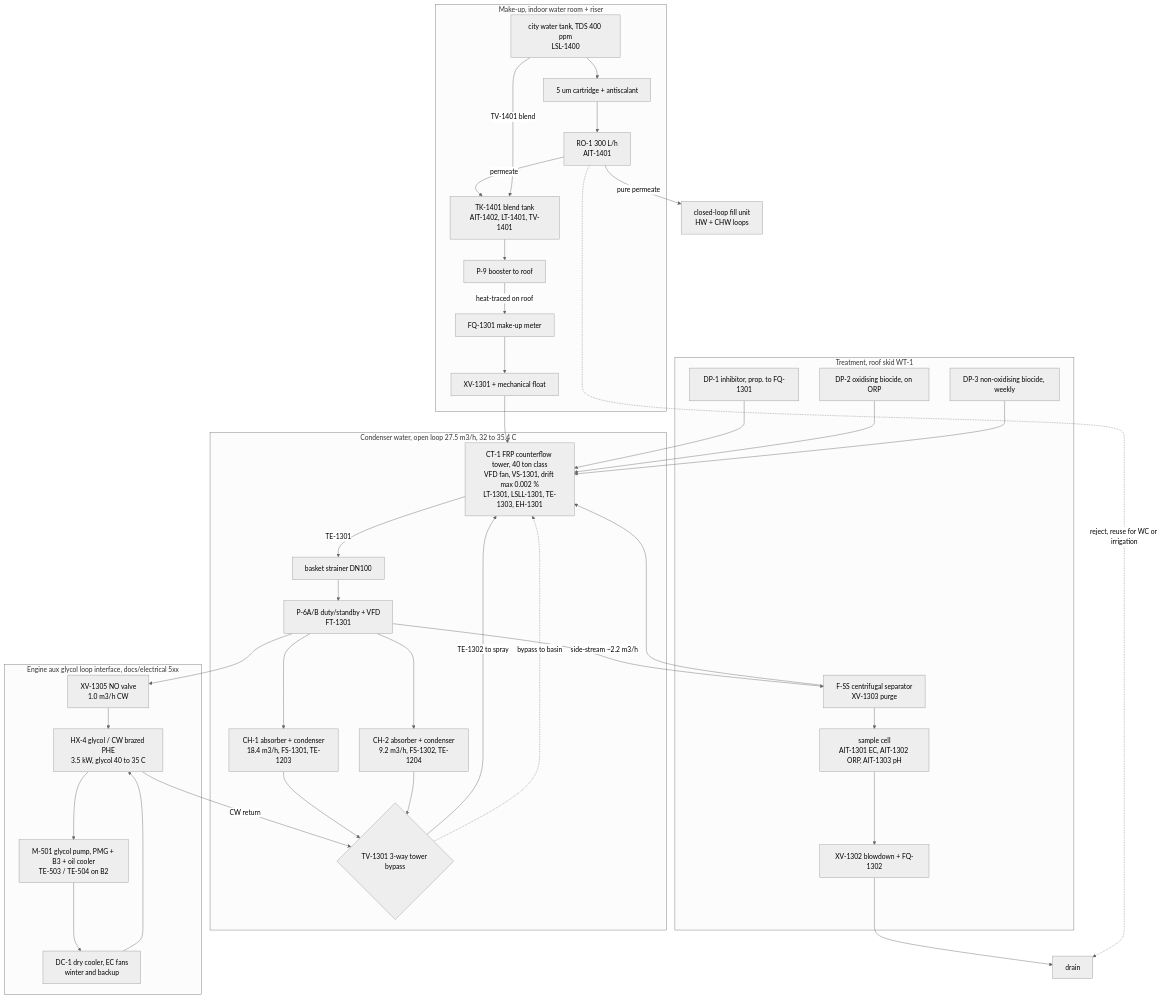
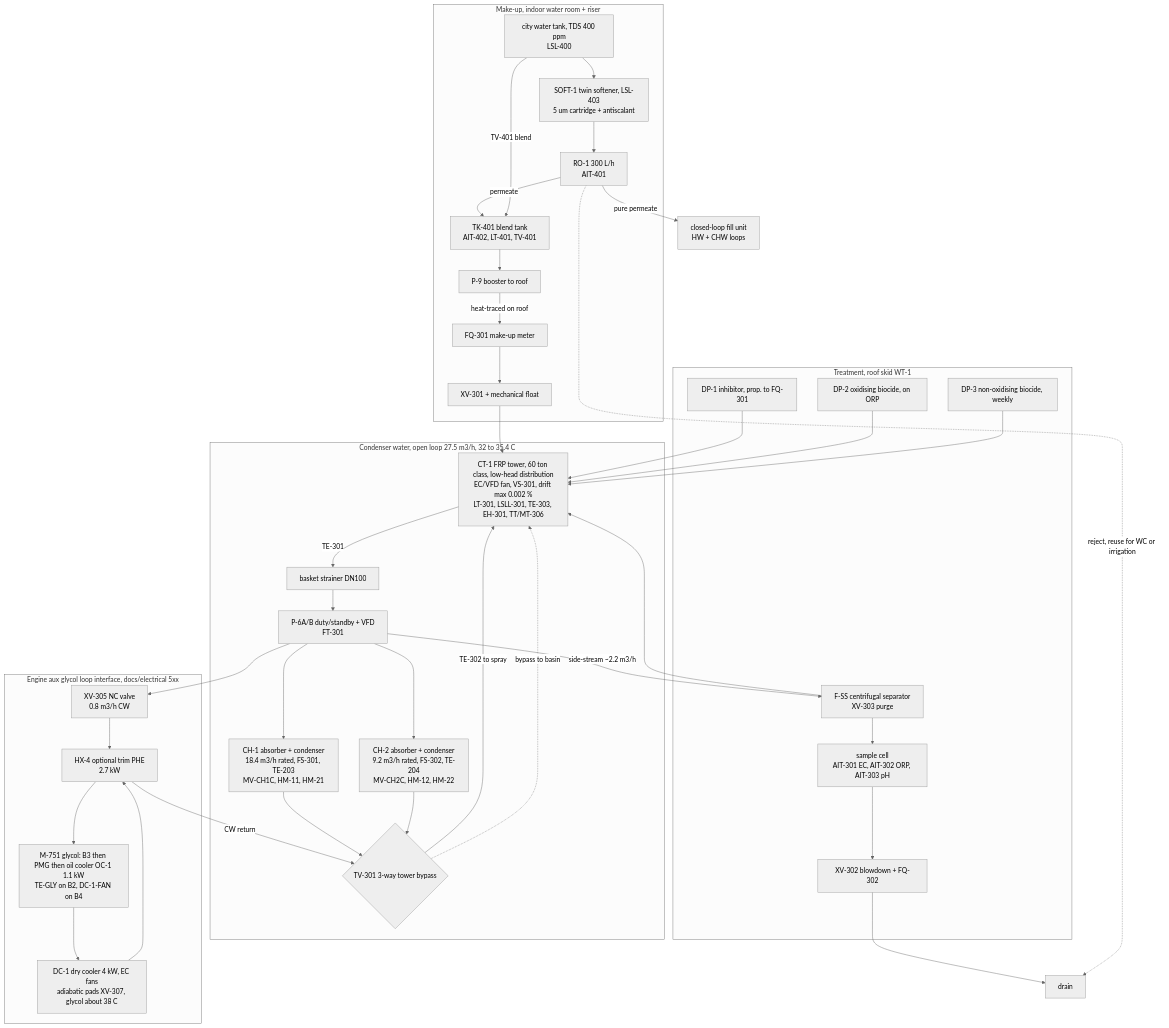
The fourth of 4 diagrams in docs/hvac/01_pid.md (ahmadreza221/aurora-cchp), drawn with Mermaid (neutral theme) before and after one commit. The commit also changed other lines of this file and 77 other files, not shown here.

````diff
--- a/docs/hvac/01_pid.md
+++ b/docs/hvac/01_pid.md
@@ -190,60 +196,60 @@
 ```mermaid
 flowchart TB
   subgraph CW["Condenser water, open loop 27.5 m3/h, 32 to 35.4 C"]
-    CT1["CT-1 FRP counterflow tower, 40 ton class<br/>VFD fan, VS-1301, drift max 0.002 %<br/>LT-1301, LSLL-1301, TE-1303, EH-1301"]
+    CT1["CT-1 FRP tower, 60 ton class, low-head distribution<br/>EC/VFD fan, VS-301, drift max 0.002 %<br/>LT-301, LSLL-301, TE-303, EH-301, TT/MT-306"]
     BS["basket strainer DN100"]
-    P6["P-6A/B duty/standby + VFD<br/>FT-1301"]
-    A1["CH-1 absorber + condenser<br/>18.4 m3/h, FS-1301, TE-1203"]
-    A2["CH-2 absorber + condenser<br/>9.2 m3/h, FS-1302, TE-1204"]
-    TV301{"TV-1301 3-way tower bypass"}
+    P6["P-6A/B duty/standby + VFD<br/>FT-301"]
+    A1["CH-1 absorber + condenser<br/>18.4 m3/h rated, FS-301, TE-203<br/>MV-CH1C, HM-11, HM-21"]
+    A2["CH-2 absorber + condenser<br/>9.2 m3/h rated, FS-302, TE-204<br/>MV-CH2C, HM-12, HM-22"]
+    TV301{"TV-301 3-way tower bypass"}
     BS --> P6
     P6 --> A1
     P6 --> A2
     A1 --> TV301
     A2 --> TV301
   end
   subgraph AUX["Engine aux glycol loop interface, docs/electrical 5xx"]
-    HX4["HX-4 glycol / CW brazed PHE<br/>3.5 kW, glycol 40 to 35 C"]
-    XV1305["XV-1305 NO valve<br/>1.0 m3/h CW"]
-    DC1["DC-1 dry cooler, EC fans<br/>winter and backup"]
-    GLY["M-501 glycol pump, PMG + B3 + oil cooler<br/>TE-503 / TE-504 on B2"]
+    HX4["HX-4 optional trim PHE<br/>2.7 kW"]
+    XV1305["XV-305 NC valve<br/>0.8 m3/h CW"]
+    DC1["DC-1 dry cooler 4 kW, EC fans<br/>adiabatic pads XV-307, glycol about 38 C"]
+    GLY["M-751 glycol: B3 then PMG then oil cooler OC-1 1.1 kW<br/>TE-GLY on B2, DC-1-FAN on B4"]
     GLY --> DC1 --> HX4 --> GLY
   end
   subgraph WT["Treatment, roof skid WT-1"]
-    SEP["F-SS centrifugal separator<br/>XV-1303 purge"]
-    SMP["sample cell<br/>AIT-1301 EC, AIT-1302 ORP, AIT-1303 pH"]
-    XV302["XV-1302 blowdown + FQ-1302"]
-    DP1["DP-1 inhibitor, prop. to FQ-1301"]
+    SEP["F-SS centrifugal separator<br/>XV-303 purge"]
+    SMP["sample cell<br/>AIT-301 EC, AIT-302 ORP, AIT-303 pH"]
+    XV302["XV-302 blowdown + FQ-302"]
+    DP1["DP-1 inhibitor, prop. to FQ-301"]
     DP2["DP-2 oxidising biocide, on ORP"]
     DP3["DP-3 non-oxidising biocide, weekly"]
     SEP --> SMP --> XV302
   end
   subgraph MU["Make-up, indoor water room + riser"]
-    CITY["city water tank, TDS 400 ppm<br/>LSL-1400"]
-    F5["5 um cartridge + antiscalant"]
-    RO["RO-1 300 L/h<br/>AIT-1401"]
-    BT["TK-1401 blend tank<br/>AIT-1402, LT-1401, TV-1401"]
+    CITY["city water tank, TDS 400 ppm<br/>LSL-400"]
+    F5["SOFT-1 twin softener, LSL-403<br/>5 um cartridge + antiscalant"]
+    RO["RO-1 300 L/h<br/>AIT-401"]
+    BT["TK-401 blend tank<br/>AIT-402, LT-401, TV-401"]
     P9["P-9 booster to roof"]
-    FQ301["FQ-1301 make-up meter"]
-    XV301["XV-1301 + mechanical float"]
+    FQ301["FQ-301 make-up meter"]
+    XV301["XV-301 + mechanical float"]
     CITY --> F5 --> RO -->|"permeate"| BT
-    CITY -->|"TV-1401 blend"| BT
+    CITY -->|"TV-401 blend"| BT
     BT --> P9 -->|"heat-traced on roof"| FQ301 --> XV301
   end
   DRN["drain"]
   FILL2["closed-loop fill unit<br/>HW + CHW loops"]
-  CT1 -->|"TE-1301"| BS
-  TV301 -->|"TE-1302 to spray"| CT1
+  CT1 -->|"TE-301"| BS
+  TV301 -->|"TE-302 to spray"| CT1
   TV301 -.->|"bypass to basin"| CT1
   P6 -->|"side-stream ~2.2 m3/h"| SEP
   P6 --> XV1305 --> HX4
   HX4 -->|"CW return"| TV301
   SEP --> CT1
   XV302 --> DRN
   DP1 --> CT1
   DP2 --> CT1
   DP3 --> CT1
   XV301 --> CT1
   RO -.->|"reject, reuse for WC or irrigation"| DRN
   RO -->|"pure permeate"| FILL2
 ```
````
